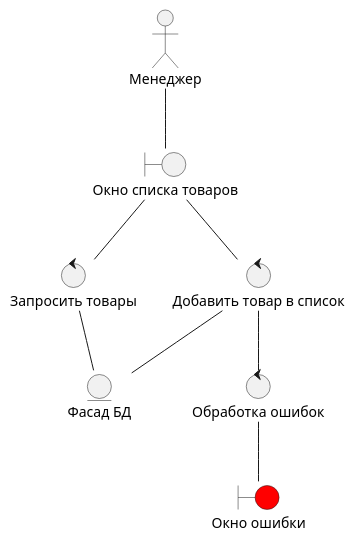
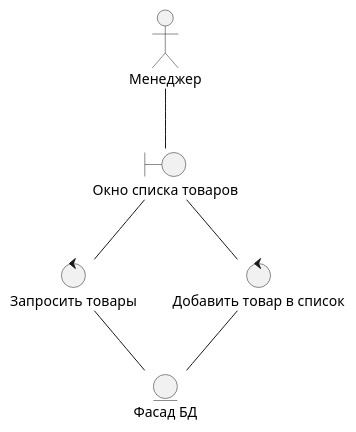
One commit to Efimish/university-4sem-pis-coursework changed the diagram in docs/suitability/add-items.puml. Above: the diagram before and after it, drawn with PlantUML. The commit also changed 53 other files, not shown here.

```diff
--- a/docs/suitability/add-items.puml
+++ b/docs/suitability/add-items.puml
@@ -1,24 +1,19 @@
 @startuml Диаграмма пригодности добавления новых товаров
 
 actor Manager as "Менеджер"
 
 boundary item_list as "Окно списка товаров"
-boundary error as "Окно ошибки" #red
 
 control select_items as "Запросить товары"
 control add_item_to_list as "Добавить товар в список"
-control handle_errors as "Обработка ошибок"
 
 entity facade as "Фасад БД"
 
 Manager -- item_list
 
 item_list -- select_items
 select_items -- facade
 item_list -- add_item_to_list
 add_item_to_list -- facade
 
-add_item_to_list -- handle_errors
-handle_errors -- error
-
 @enduml
```
